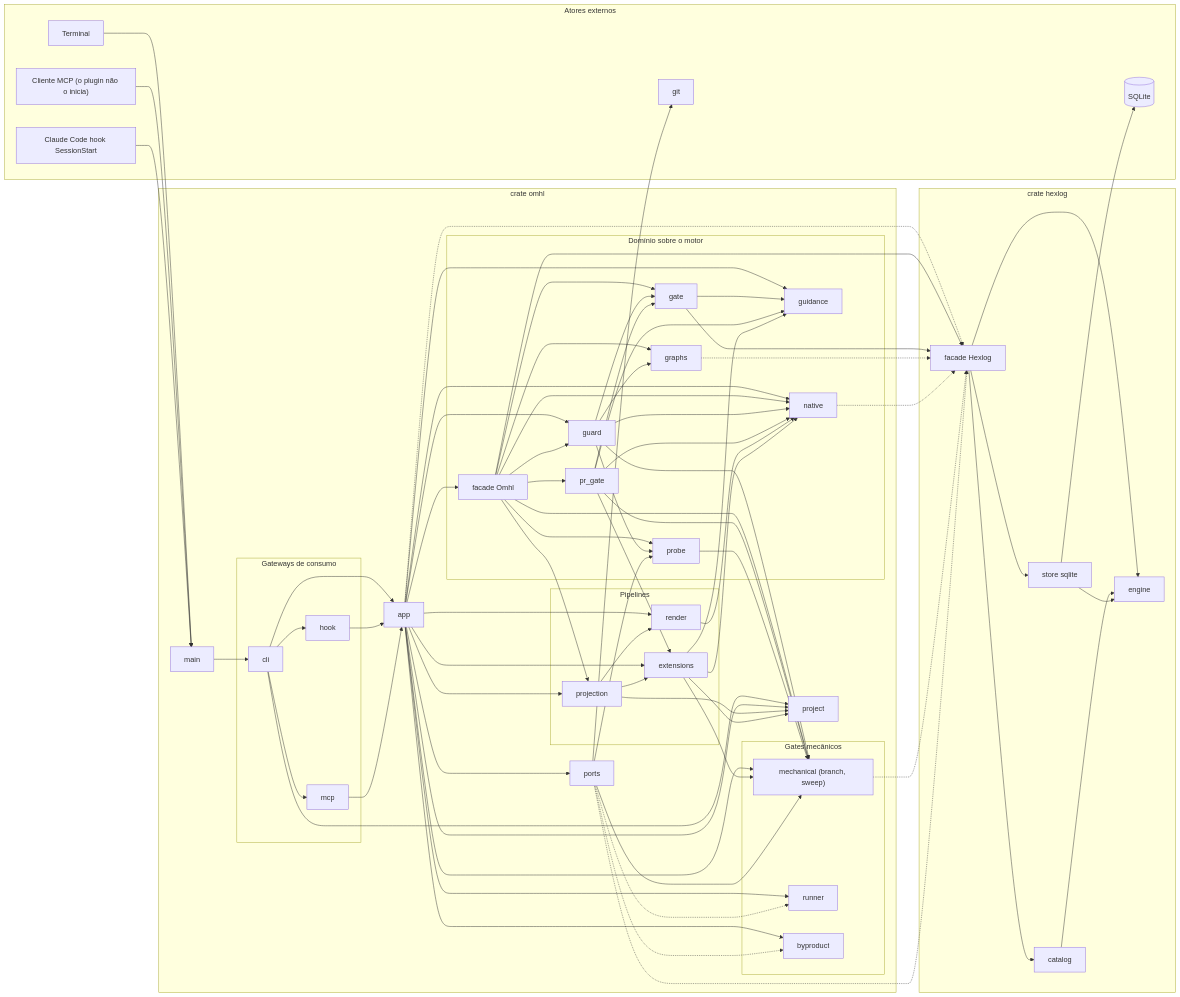
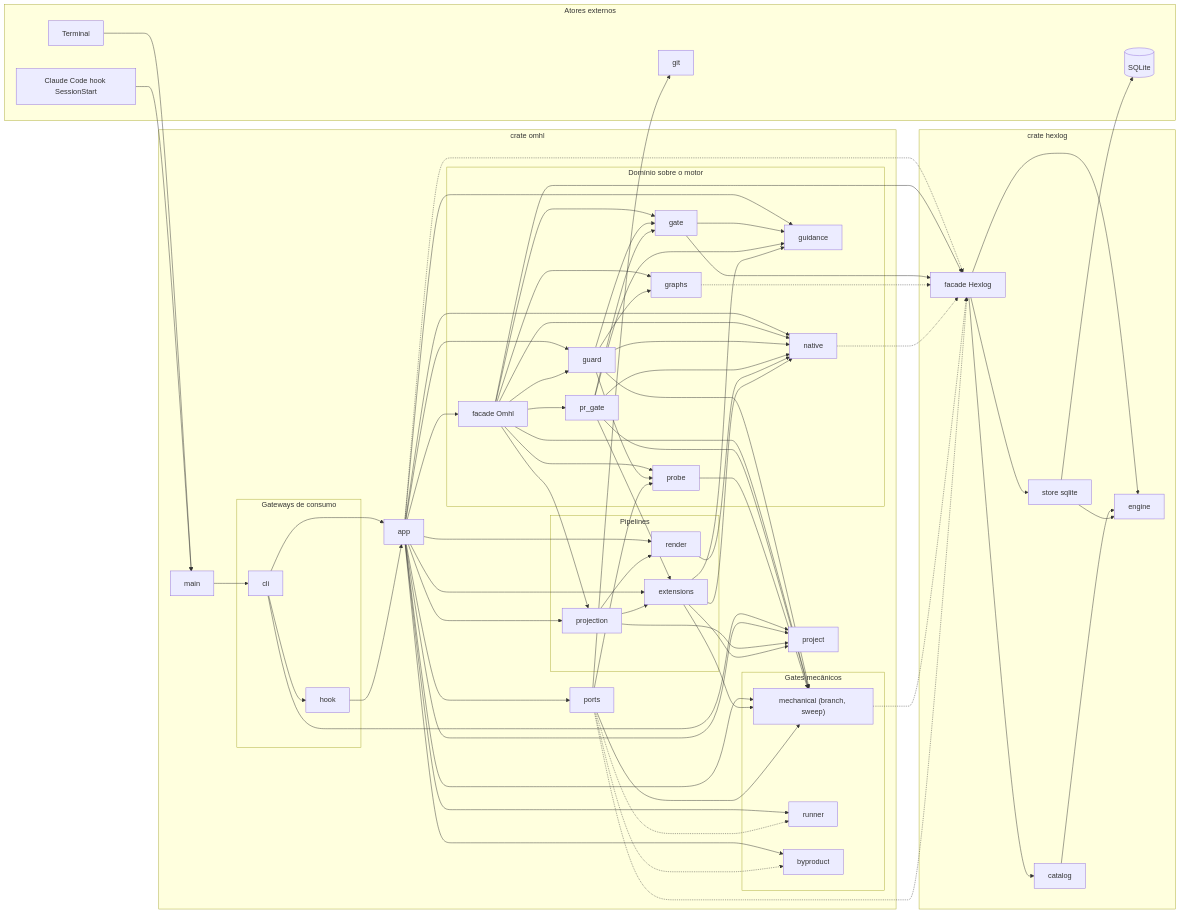
One commit to gabrielh-silvestre/oh-my-hexflow changed the diagram in docs/architecture.md. Above: the diagram before and after it, drawn with Mermaid. The commit also changed other lines of this file and 5 other files, not shown here.

```diff
--- a/docs/architecture.md
+++ b/docs/architecture.md
@@ -10,7 +10,6 @@
 flowchart LR
   subgraph ext["Atores externos"]
     term["Terminal"]
-    ccmcp["Cliente MCP (o plugin não o inicia)"]
     cchook["Claude Code hook SessionStart"]
     git["git"]
     sqlite[("SQLite")]
@@ -21,7 +20,6 @@
 
     subgraph gw["Gateways de consumo"]
       cli["cli"]
-      mcp["mcp"]
       hook["hook"]
     end
 
@@ -62,14 +60,11 @@
   end
 
   term --> main
-  ccmcp --> main
   cchook --> main
   main --> cli
   cli --> hook
-  cli --> mcp
   cli --> app
   hook --> app
-  mcp --> app
   cli --> project
 
   app --> facade
```
